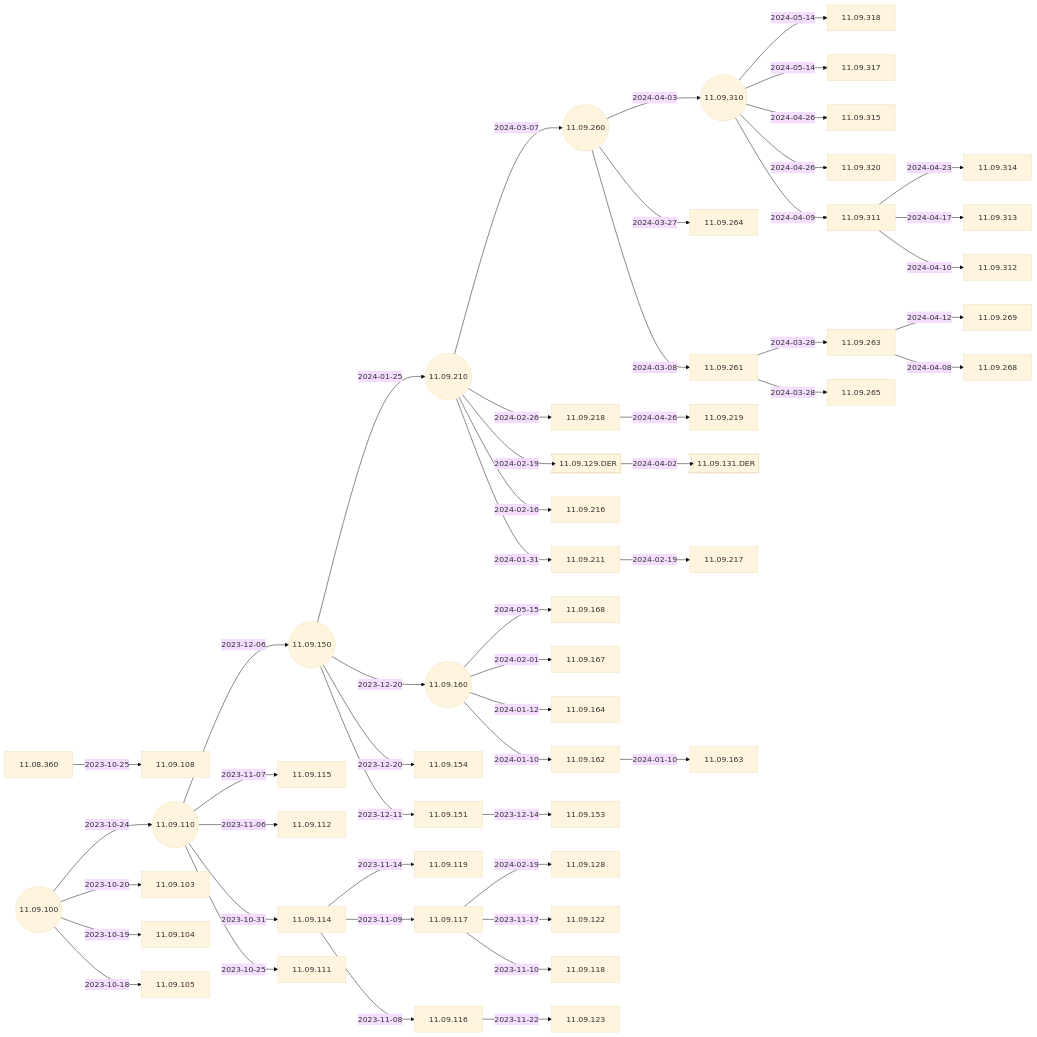
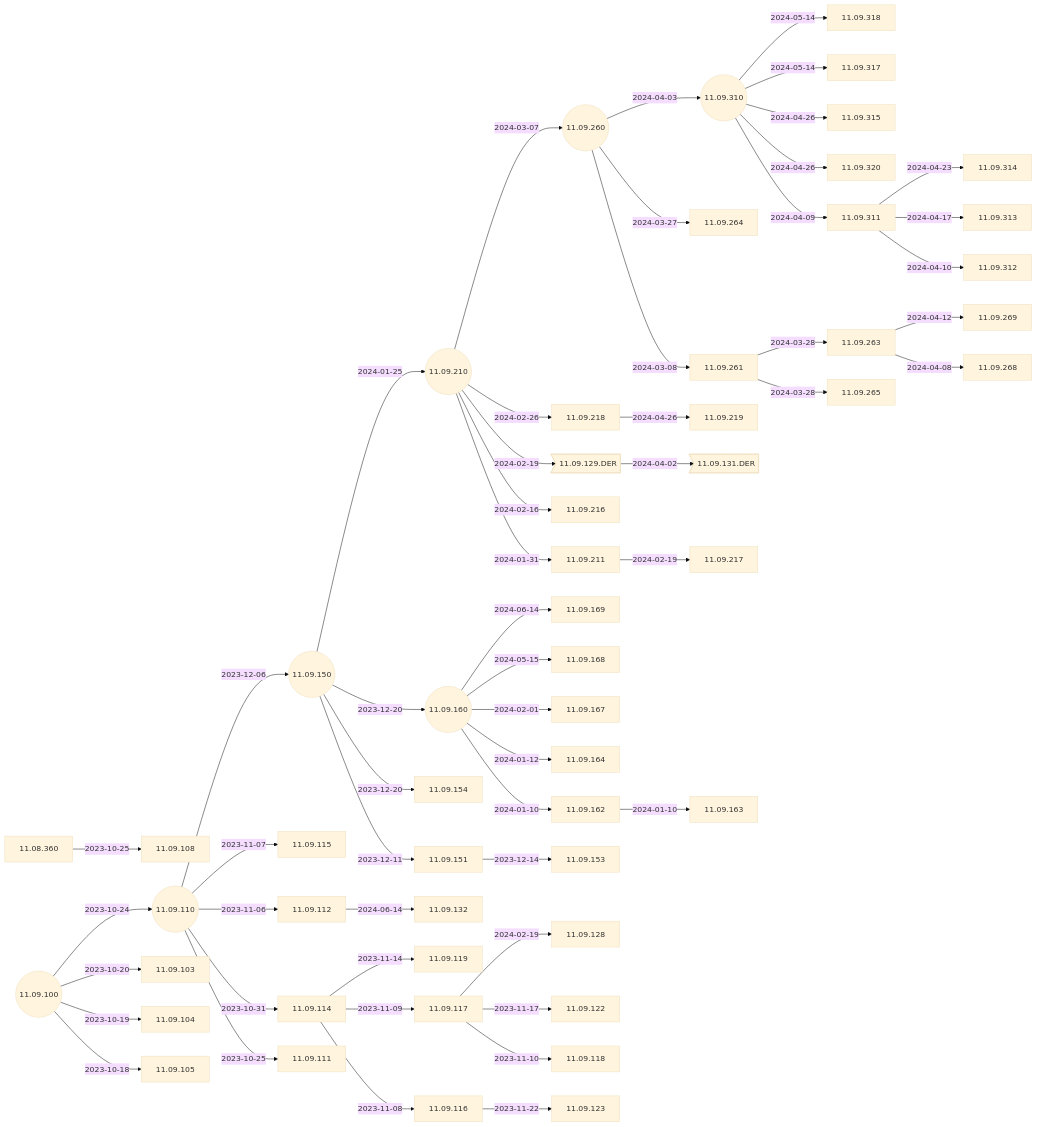
One commit to IGEL-Community/IGEL-Docs-v02 changed the third of 6 diagrams in docs/Docs/ReleaseNotes/01-OS11/README.md. Above: the diagram before and after it, drawn with Mermaid (base theme). The commit also changed 3 other files, not shown here.

````diff
--- a/docs/Docs/ReleaseNotes/01-OS11/README.md
+++ b/docs/Docs/ReleaseNotes/01-OS11/README.md
@@ -61,5 +61,7 @@
 ```mermaid
 flowchart LR
+    11.09.160-- 2024-06-14 -->11.09.169
+    11.09.112-- 2024-06-14 -->11.09.132
     11.09.160-- 2024-05-15 -->11.09.168
     11.09.310-- 2024-05-14 -->11.09.318
     11.09.310-- 2024-05-14 -->11.09.317
@@ -111,6 +113,8 @@
     11.09.100-- 2023-10-19 -->11.09.104
     11.09.100-- 2023-10-18 -->11.09.105
     11.09.100((11.09.100))
+    click 11.09.169 "https://github.com/IGEL-Community/IGEL-Docs-v02/tree/main/docs/Docs/ReleaseNotes/01-OS11/readme11.09.169.txt" _blank
+    click 11.09.132 "https://github.com/IGEL-Community/IGEL-Docs-v02/tree/main/docs/Docs/ReleaseNotes/01-OS11/readme11.09.132.txt" _blank
     click 11.09.168 "https://github.com/IGEL-Community/IGEL-Docs-v02/tree/main/docs/Docs/ReleaseNotes/01-OS11/readme11.09.168.txt" _blank
     click 11.09.318 "https://github.com/IGEL-Community/IGEL-Docs-v02/tree/main/docs/Docs/ReleaseNotes/01-OS11/readme11.09.318.txt" _blank
     click 11.09.317 "https://github.com/IGEL-Community/IGEL-Docs-v02/tree/main/docs/Docs/ReleaseNotes/01-OS11/readme11.09.317.txt" _blank
````
